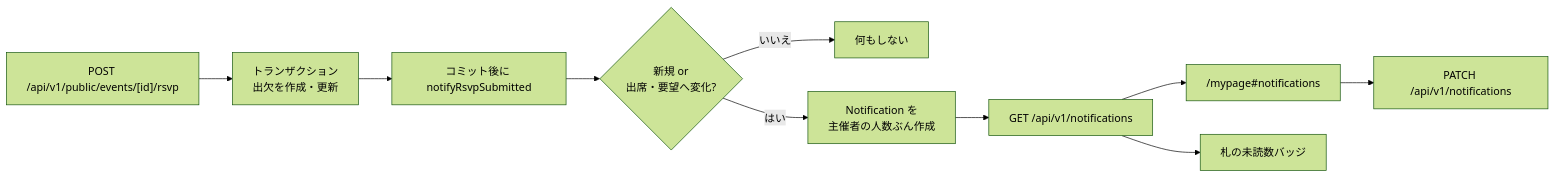
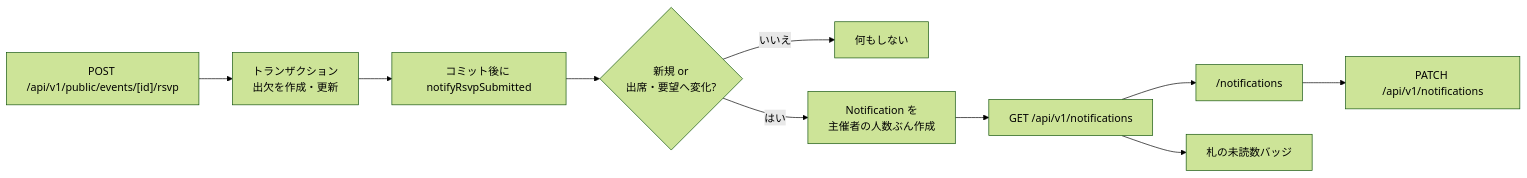
Before and after one commit to HirofumiSato/EventKreater: the diagram in docs/issues/rsvp-notifications.md, drawn with Mermaid (forest theme). The commit also changed other lines of this file and 187 other files, not shown here.

````diff
--- a/docs/issues/rsvp-notifications.md
+++ b/docs/issues/rsvp-notifications.md
@@ -26,12 +26,12 @@
 ```mermaid
 flowchart LR
   RsvpPost["POST /api/v1/public/events/[id]/rsvp"] --> Tx["トランザクション<br/>出欠を作成・更新"]
   Tx --> After["コミット後に notifyRsvpSubmitted"]
   After --> Judge{"新規 or<br/>出席・要望へ変化?"}
   Judge -->|"いいえ"| Nothing["何もしない"]
   Judge -->|"はい"| Rows["Notification を<br/>主催者の人数ぶん作成"]
   Rows --> Get["GET /api/v1/notifications"]
-  Get --> Mypage["/mypage#notifications"]
+  Get --> Mypage["/notifications"]
   Get --> Navbar["札の未読数バッジ"]
   Mypage --> Patch["PATCH /api/v1/notifications"]
 ```
````
